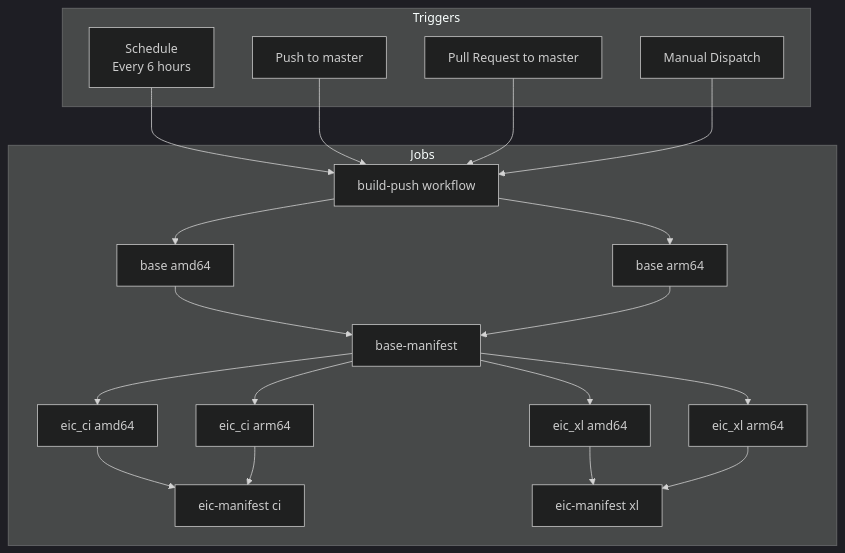
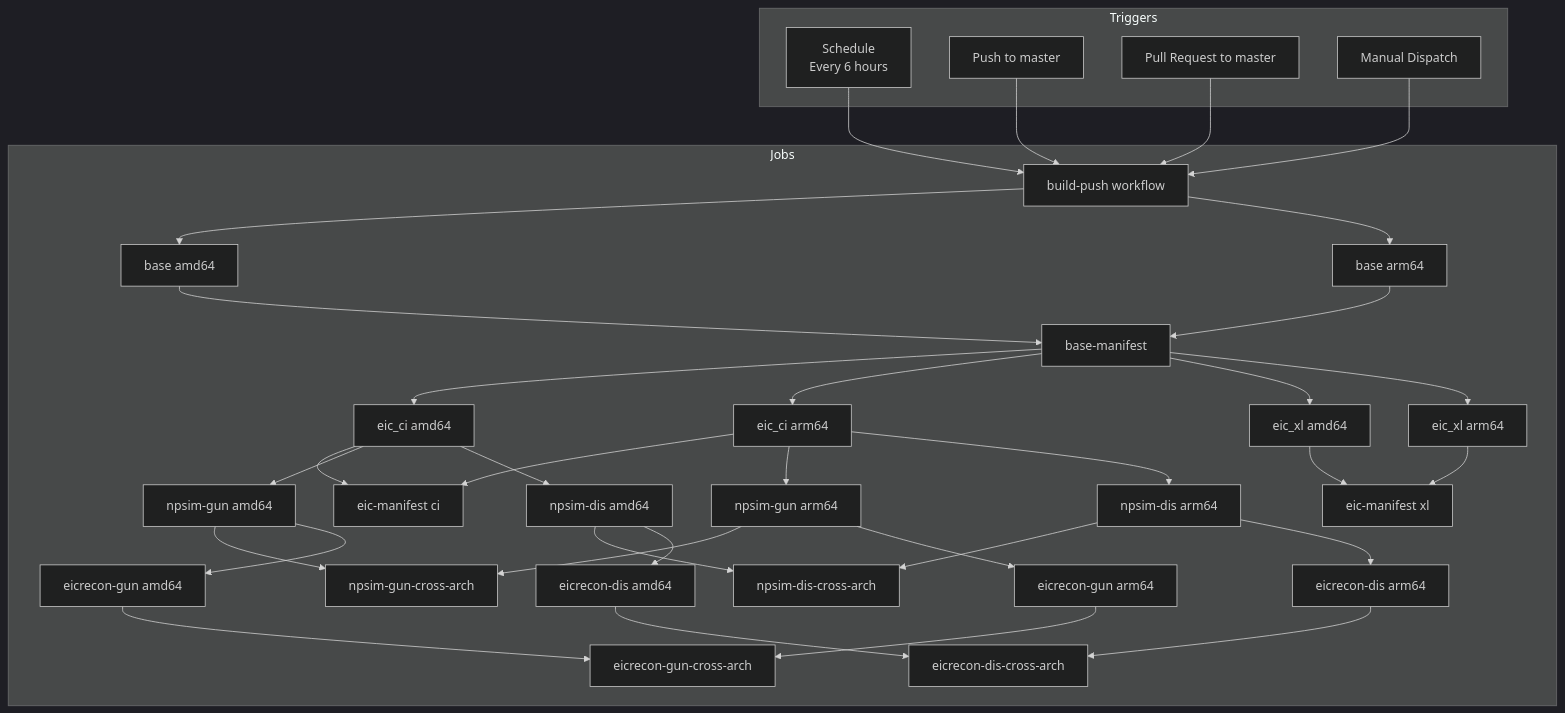
The first of 4 diagrams in docs/build-pipeline.md (eic/containers), drawn with Mermaid (dark theme) before and after one commit. The commit also changed other lines of this file and 4 other files, not shown here.

First line of the commit message:
ci: parallelize npsim smoke tests using reusable workflows (#405)

````diff
--- a/docs/build-pipeline.md
+++ b/docs/build-pipeline.md
@@ -7,23 +7,40 @@
 ```mermaid
 flowchart TB
     subgraph "Triggers"
         T1[Schedule<br/>Every 6 hours]
         T2[Push to master]
         T3[Pull Request to master]
         T4[Manual Dispatch]
     end
 
     T1 & T2 & T3 & T4 --> W[build-push workflow]
 
     subgraph "Jobs"
         W --> B1[base amd64]
         W --> B2[base arm64]
         B1 & B2 --> BM[base-manifest]
         BM --> E1[eic_ci amd64]
         BM --> E2[eic_ci arm64]
         BM --> E3[eic_xl amd64]
         BM --> E4[eic_xl arm64]
         E1 & E2 --> EM1[eic-manifest ci]
         E3 & E4 --> EM2[eic-manifest xl]
+
+        %% Parallel smoke test execution
+        E1 --> N1[npsim-gun amd64]
+        E2 --> N2[npsim-gun arm64]
+        E1 --> D1[npsim-dis amd64]
+        E2 --> D2[npsim-dis arm64]
+
+        N1 & N2 --> NC[npsim-gun-cross-arch]
+        D1 & D2 --> DC[npsim-dis-cross-arch]
+
+        N1 --> R1[eicrecon-gun amd64]
+        N2 --> R2[eicrecon-gun arm64]
+        D1 --> RD1[eicrecon-dis amd64]
+        D2 --> RD2[eicrecon-dis arm64]
+
+        R1 & R2 --> RC[eicrecon-gun-cross-arch]
+        RD1 & RD2 --> RDC[eicrecon-dis-cross-arch]
     end
 ```
````
